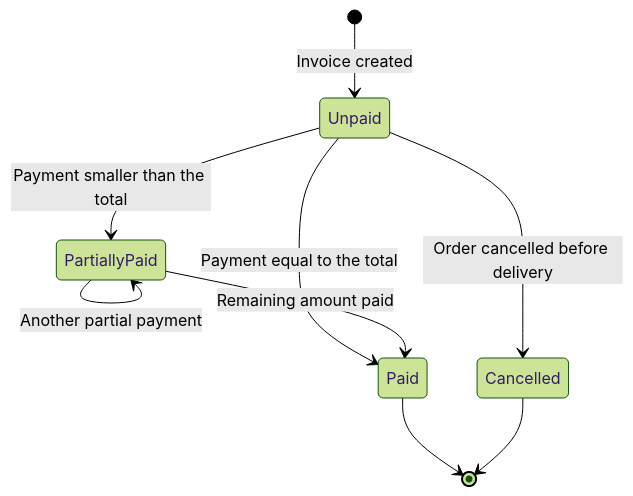
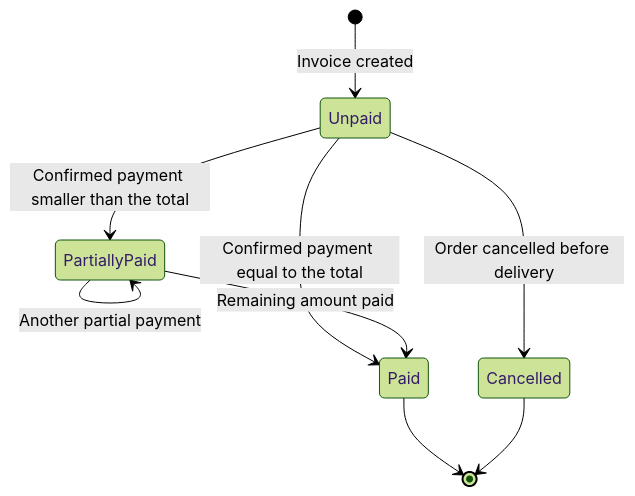
The fourth of 7 diagrams in docs/workflows/05-invoices-and-payments.md (AhmedElnagarUU/Cosmo), drawn with Mermaid (forest theme) before and after one commit. The commit also changed other lines of this file and 33 other files, not shown here.

````diff
--- a/docs/workflows/05-invoices-and-payments.md
+++ b/docs/workflows/05-invoices-and-payments.md
@@ -23,11 +63,11 @@
 ```mermaid
 stateDiagram-v2
     [*] --> Unpaid: Invoice created
-    Unpaid --> PartiallyPaid: Payment smaller than the total
-    Unpaid --> Paid: Payment equal to the total
+    Unpaid --> PartiallyPaid: Confirmed payment smaller than the total
+    Unpaid --> Paid: Confirmed payment equal to the total
     PartiallyPaid --> PartiallyPaid: Another partial payment
     PartiallyPaid --> Paid: Remaining amount paid
     Unpaid --> Cancelled: Order cancelled before delivery
     Paid --> [*]
     Cancelled --> [*]
 ```
````
